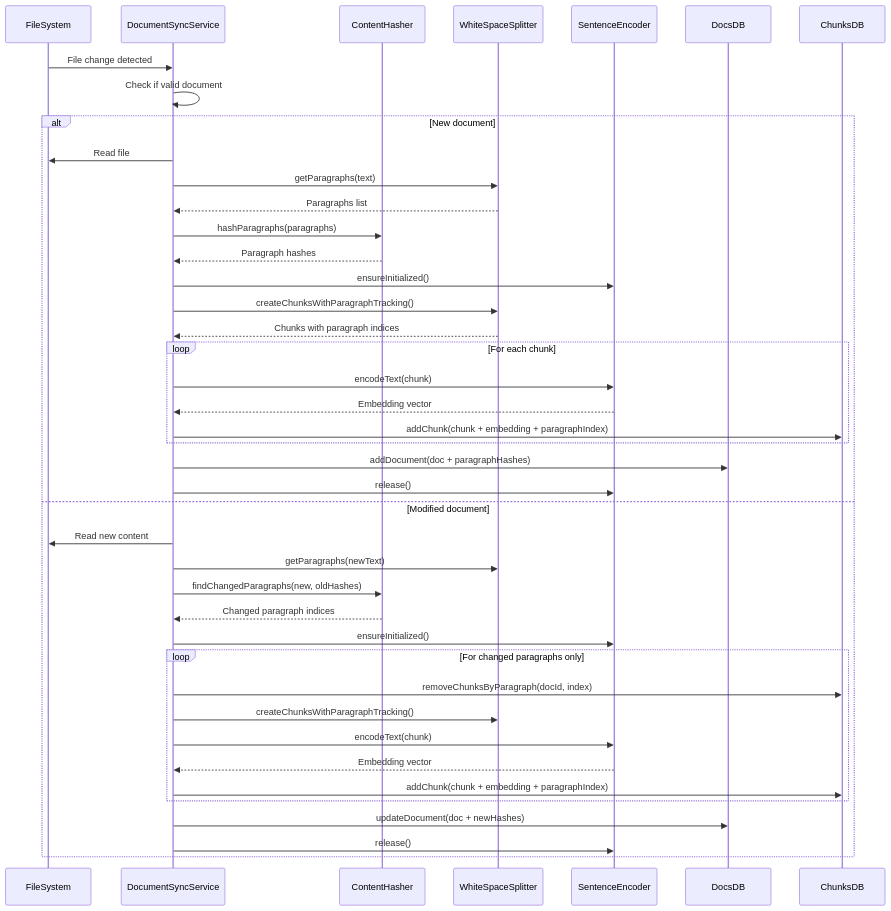
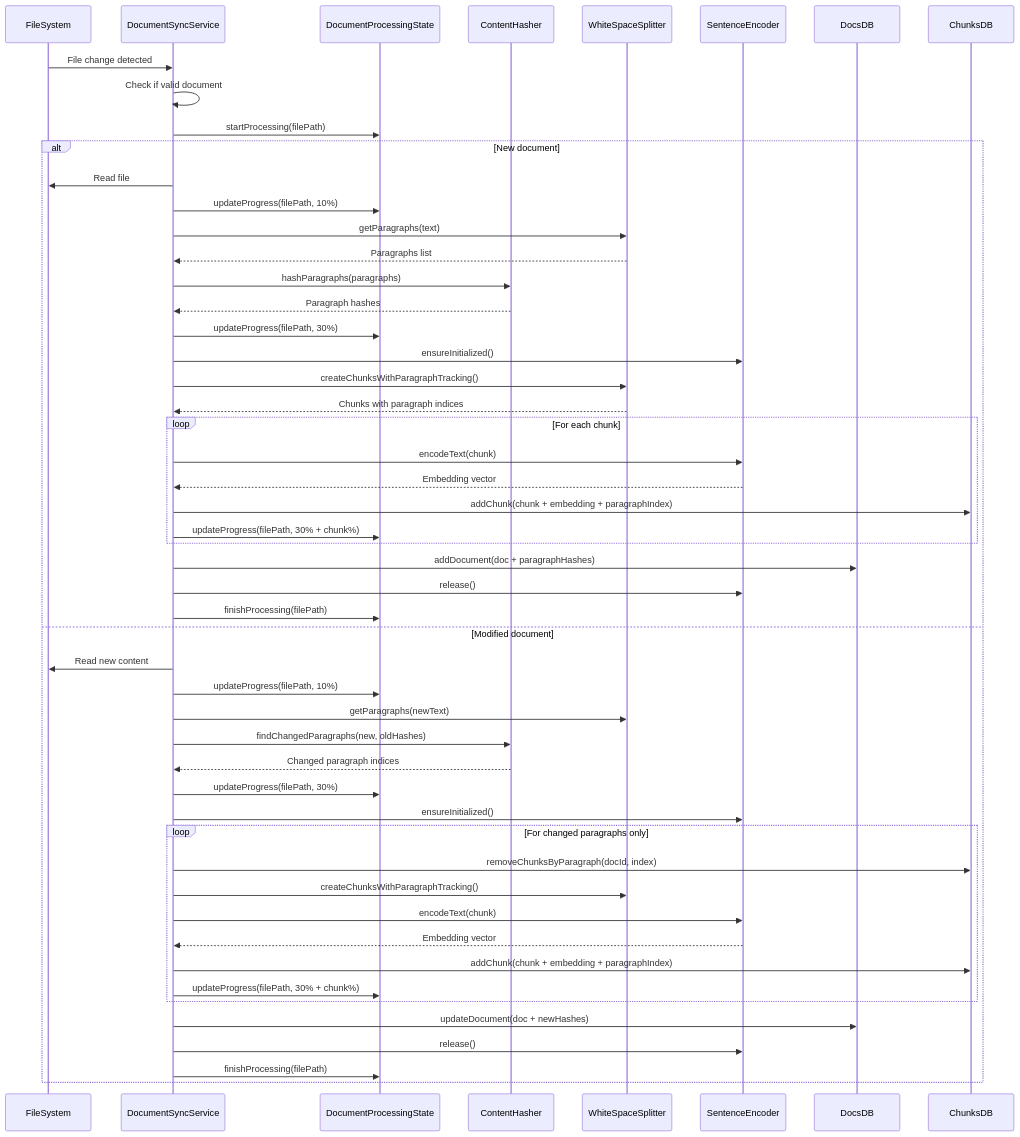
Before and after one commit to bismansahni/Qualcomm-ondevice-rag: the third of 5 diagrams in app/architecture-diagrams.md, drawn with Mermaid. The commit also changed other lines of this file, not shown here.

````diff
--- a/app/architecture-diagrams.md
+++ b/app/architecture-diagrams.md
@@ -106,52 +118,62 @@
 ```mermaid
 sequenceDiagram
     participant FileSystem
     participant DocSync as DocumentSyncService
+    participant ProcState as DocumentProcessingState
     participant Hasher as ContentHasher
     participant Splitter as WhiteSpaceSplitter
     participant Encoder as SentenceEncoder
     participant DocsDB
     participant ChunksDB
 
     FileSystem->>DocSync: File change detected
     DocSync->>DocSync: Check if valid document
+    DocSync->>ProcState: startProcessing(filePath)
 
     alt New document
         DocSync->>FileSystem: Read file
+        DocSync->>ProcState: updateProgress(filePath, 10%)
         DocSync->>Splitter: getParagraphs(text)
         Splitter-->>DocSync: Paragraphs list
         DocSync->>Hasher: hashParagraphs(paragraphs)
         Hasher-->>DocSync: Paragraph hashes
+        DocSync->>ProcState: updateProgress(filePath, 30%)
         DocSync->>Encoder: ensureInitialized()
 
         DocSync->>Splitter: createChunksWithParagraphTracking()
         Splitter-->>DocSync: Chunks with paragraph indices
 
         loop For each chunk
             DocSync->>Encoder: encodeText(chunk)
             Encoder-->>DocSync: Embedding vector
             DocSync->>ChunksDB: addChunk(chunk + embedding + paragraphIndex)
+            DocSync->>ProcState: updateProgress(filePath, 30% + chunk%)
         end
 
         DocSync->>DocsDB: addDocument(doc + paragraphHashes)
         DocSync->>Encoder: release()
+        DocSync->>ProcState: finishProcessing(filePath)
     else Modified document
         DocSync->>FileSystem: Read new content
+        DocSync->>ProcState: updateProgress(filePath, 10%)
         DocSync->>Splitter: getParagraphs(newText)
         DocSync->>Hasher: findChangedParagraphs(new, oldHashes)
         Hasher-->>DocSync: Changed paragraph indices
+        DocSync->>ProcState: updateProgress(filePath, 30%)
 
         DocSync->>Encoder: ensureInitialized()
 
         loop For changed paragraphs only
             DocSync->>ChunksDB: removeChunksByParagraph(docId, index)
             DocSync->>Splitter: createChunksWithParagraphTracking()
             DocSync->>Encoder: encodeText(chunk)
             Encoder-->>DocSync: Embedding vector
             DocSync->>ChunksDB: addChunk(chunk + embedding + paragraphIndex)
+            DocSync->>ProcState: updateProgress(filePath, 30% + chunk%)
         end
 
         DocSync->>DocsDB: updateDocument(doc + newHashes)
         DocSync->>Encoder: release()
+        DocSync->>ProcState: finishProcessing(filePath)
     end
 ```
````
